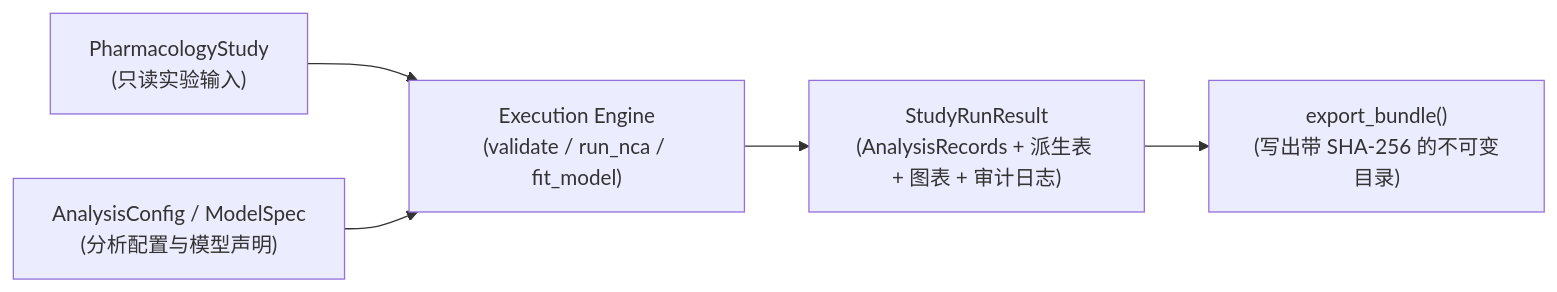
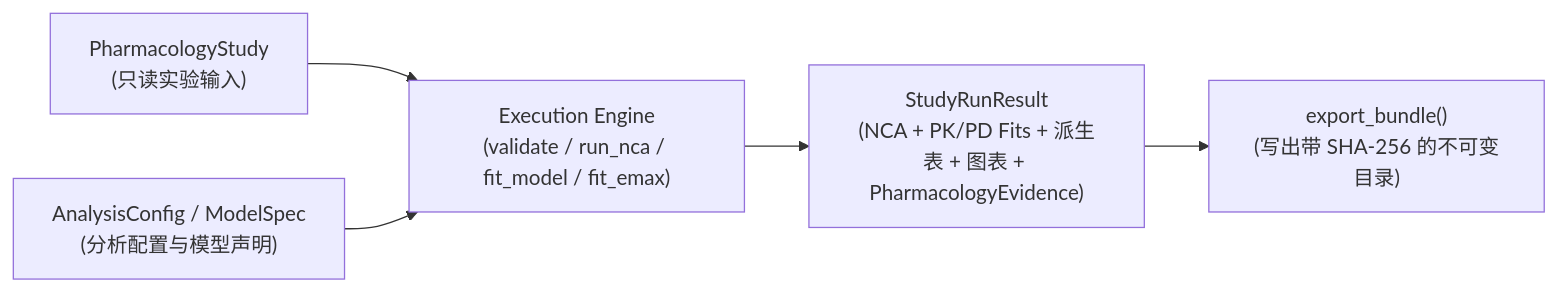
Before and after one commit to JianyunZhang/PharmacoWeave: the first of 3 diagrams in docs/workflow-and-ecosystem-strategy.md, drawn with Mermaid. The commit also changed other lines of this file and 2 other files, not shown here.

First line of the commit message:
Update roadmap and evaluation docs for 0.0.4 baseline and 0.0.5-0.1.0 plan

````diff
--- a/docs/workflow-and-ecosystem-strategy.md
+++ b/docs/workflow-and-ecosystem-strategy.md
@@ -25,7 +25,7 @@
 ```mermaid
 flowchart LR
-    A["PharmacologyStudy<br/>(只读实验输入)"] --> C["Execution Engine<br/>(validate / run_nca / fit_model)"]
+    A["PharmacologyStudy<br/>(只读实验输入)"] --> C["Execution Engine<br/>(validate / run_nca / fit_model / fit_emax)"]
     B["AnalysisConfig / ModelSpec<br/>(分析配置与模型声明)"] --> C
-    C --> D["StudyRunResult<br/>(AnalysisRecords + 派生表 + 图表 + 审计日志)"]
+    C --> D["StudyRunResult<br/>(NCA + PK/PD Fits + 派生表 + 图表 + PharmacologyEvidence)"]
     D --> E["export_bundle()<br/>(写出带 SHA-256 的不可变目录)"]
 ```
````
